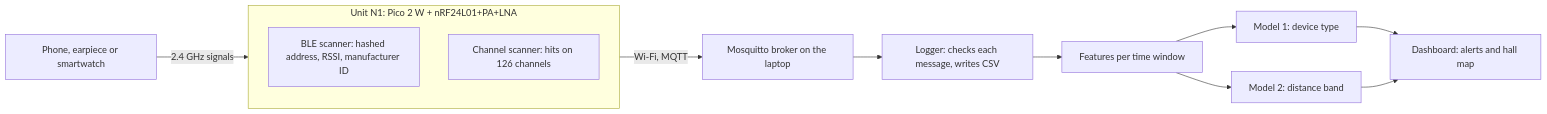
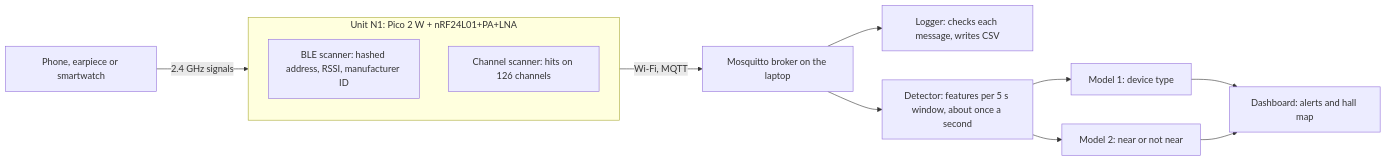
The diagram in README.md (mohanvd/invigil), drawn with Mermaid before and after one commit. The commit also changed other lines of this file and 46 other files, not shown here.

First line of the commit message:
feat: watch and search modes with near / not-near detections on MQTT (#22)

````diff
--- a/README.md
+++ b/README.md
@@ -27,15 +34,15 @@
 ```mermaid
 flowchart LR
     D["Phone, earpiece or smartwatch"] -->|2.4 GHz signals| U
     subgraph U["Unit N1: Pico 2 W + nRF24L01+PA+LNA"]
         B["BLE scanner: hashed address, RSSI, manufacturer ID"]
         S["Channel scanner: hits on 126 channels"]
     end
     U -->|Wi-Fi, MQTT| M["Mosquitto broker on the laptop"]
     M --> L["Logger: checks each message, writes CSV"]
-    L --> F["Features per time window"]
+    M --> F["Detector: features per 5 s window, about once a second"]
     F --> T["Model 1: device type"]
-    F --> R["Model 2: distance band"]
+    F --> R["Model 2: near or not near"]
     T --> A["Dashboard: alerts and hall map"]
     R --> A
 ```
````
